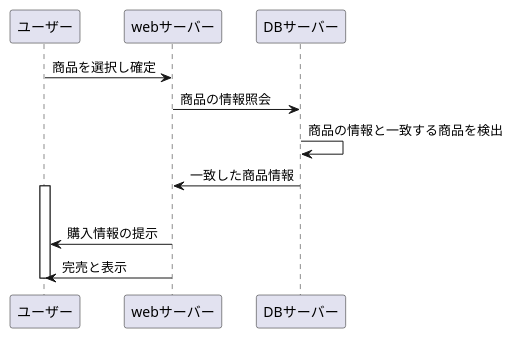
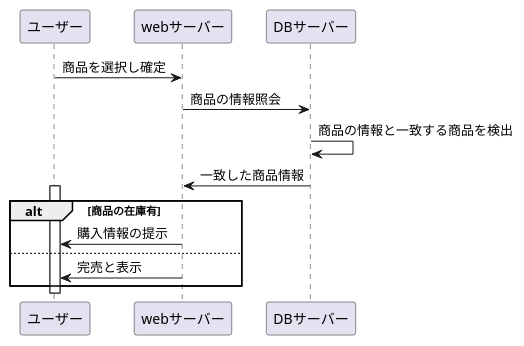
The diagram in kadai7.md (Aso2001195/2021sys-design), drawn with PlantUML before and after one commit.

````diff
--- a/kadai7.md
+++ b/kadai7.md
@@ -1,14 +1,15 @@
 ```uml
 @startuml
 ユーザー->webサーバー:商品を選択し確定
 webサーバー->DBサーバー:商品の情報照会
 DBサーバー->DBサーバー:商品の情報と一致する商品を検出
 DBサーバー->webサーバー:一致した商品情報
 activate ユーザー
 alt 商品の在庫有
 webサーバー->ユーザー:購入情報の提示
 else 
 webサーバー->ユーザー:完売と表示
+end
 deactivate ユーザー
 @enduml
 ```
````
